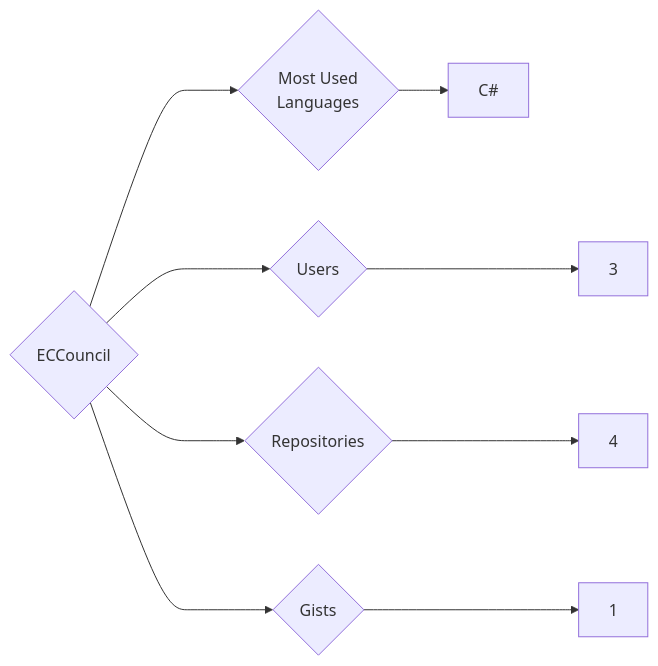
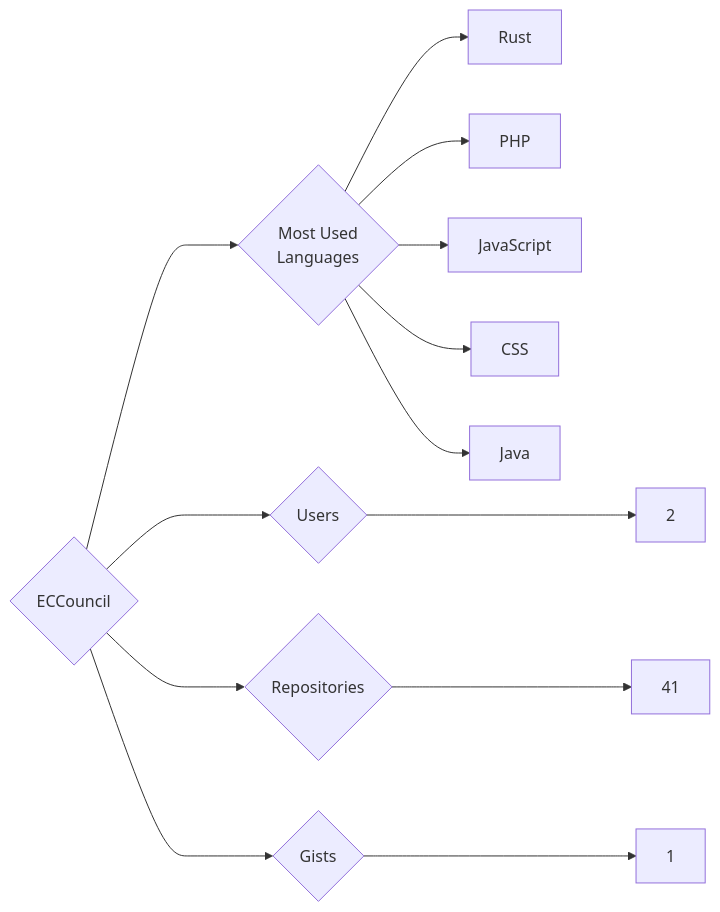
Before and after one commit to trickest/insiders: the diagram in targets/ECCouncil/README.md, drawn with Mermaid. The commit also changed 815 other files, not shown here.

````diff
--- a/targets/ECCouncil/README.md
+++ b/targets/ECCouncil/README.md
@@ -3,9 +3,13 @@
 ```mermaid
 graph LR
 COMPANY_NAME{ECCouncil}
-COMPANY_NAME ---> U{Users} ---> UN[3]
-COMPANY_NAME ---> R{Repositories} ---> RN[4]
+COMPANY_NAME ---> U{Users} ---> UN[2]
+COMPANY_NAME ---> R{Repositories} ---> RN[41]
 COMPANY_NAME ---> G{Gists} ---> GN[1]
 COMPANY_NAME ---> ML{Most Used<br>Languages}
-ML --> C#[C#]
+ML --> Rust[Rust]
+ML --> PHP[PHP]
+ML --> JavaScript[JavaScript]
+ML --> CSS[CSS]
+ML --> Java[Java]
 ```
````
